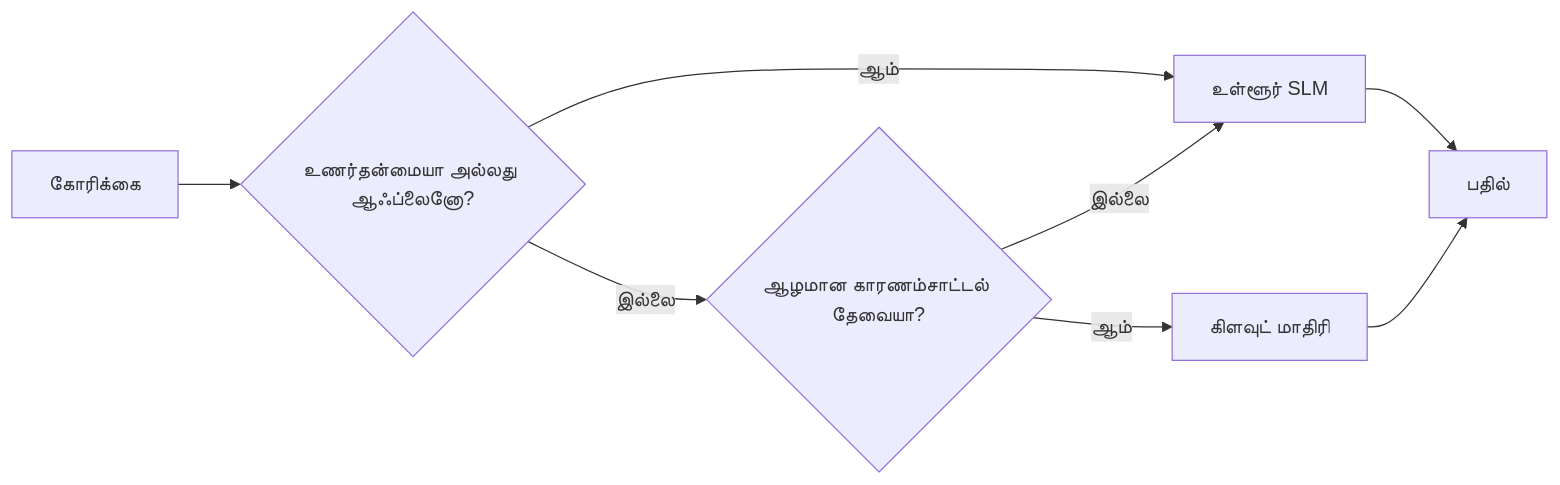
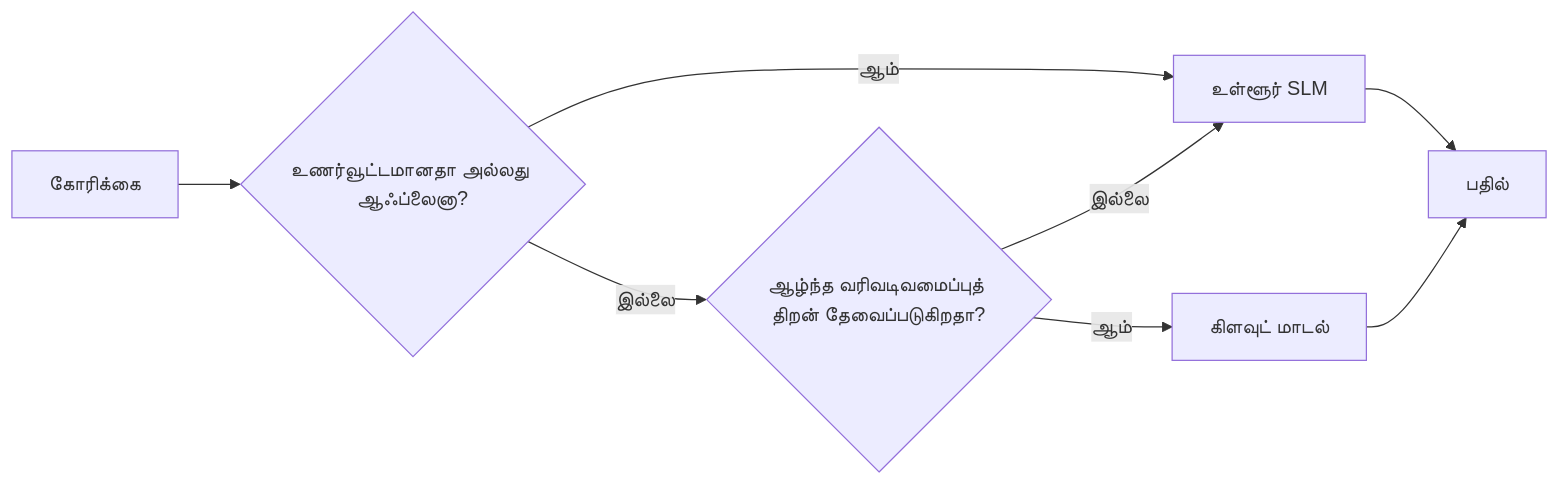
Before and after one commit to gabrielmoreira/agent-skills-mirror: the fourth of 4 diagrams in mirrors/repos/microsoft@ai-agents-for-beginners/translations/ta/17-creating-local-ai-agents/README.md, drawn with Mermaid. The commit also changed other lines of this file and 4262 other files, not shown here.

````diff
--- a/mirrors/repos/microsoft@ai-agents-for-beginners/translations/ta/17-creating-local-ai-agents/README.md
+++ b/mirrors/repos/microsoft@ai-agents-for-beginners/translations/ta/17-creating-local-ai-agents/README.md
@@ -156,10 +156,10 @@
 ```mermaid
 flowchart LR
-    Q[கோரிக்கை] --> S{உணர்தன்மையா அல்லது ஆஃப்லைனோ?}
+    Q[கோரிக்கை] --> S{உணர்வூட்டமானதா அல்லது ஆஃப்லைனா?}
     S -->|ஆம்| L[உள்ளூர் SLM]
-    S -->|இல்லை| C{ஆழமான காரணம்சாட்டல் தேவையா?}
+    S -->|இல்லை| C{ஆழ்ந்த வரிவடிவமைப்புத் திறன் தேவைப்படுகிறதா?}
     C -->|இல்லை| L
-    C -->|ஆம்| Cloud[கிளவுட் மாதிரி]
+    C -->|ஆம்| Cloud[கிளவுட் மாடல்]
     L --> Out[பதில்]
     Cloud --> Out
 ```
````
